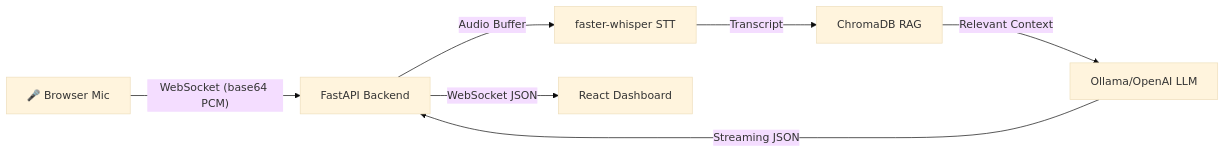
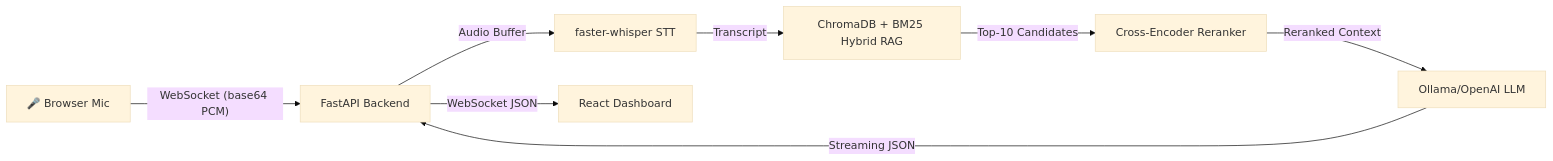
Before and after one commit to DeemanthPoonacha/real-time-stt-ai: the diagram in docs/AI_Sales_coach.md, drawn with Mermaid (base theme). The commit also changed other lines of this file and 5 other files, not shown here.

````diff
--- a/docs/AI_Sales_coach.md
+++ b/docs/AI_Sales_coach.md
@@ -11,9 +11,10 @@
 ```mermaid
 graph LR
     A["🎤 Browser Mic"] -->|"WebSocket (base64 PCM)"| B["FastAPI Backend"]
     B -->|"Audio Buffer"| C["faster-whisper STT"]
-    C -->|"Transcript"| D["ChromaDB RAG"]
-    D -->|"Relevant Context"| E["Ollama/OpenAI LLM"]
+    C -->|"Transcript"| D["ChromaDB + BM25 Hybrid RAG"]
+    D -->|"Top-10 Candidates"| DR["Cross-Encoder Reranker"]
+    DR -->|"Reranked Context"| E["Ollama/OpenAI LLM"]
     E -->|"Streaming JSON"| B
     B -->|"WebSocket JSON"| F["React Dashboard"]
 ```
````
